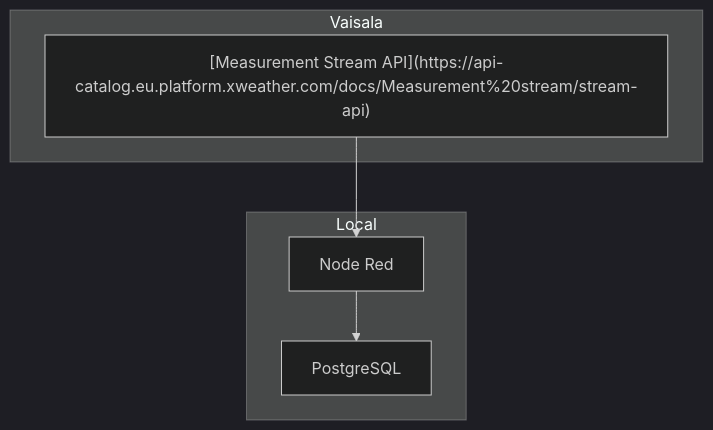
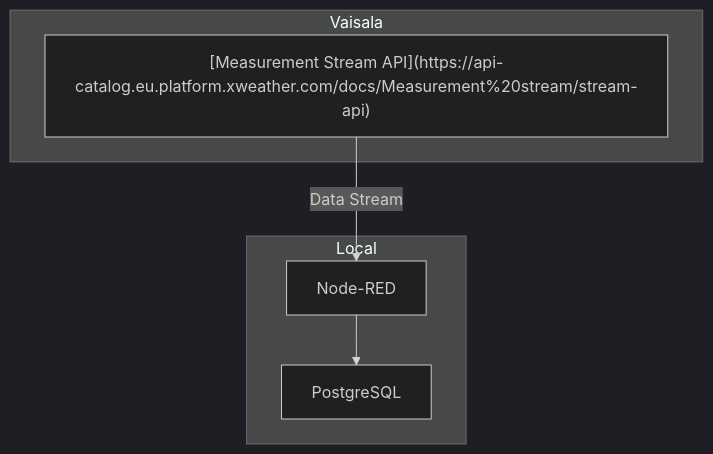
The diagram in README.md (jonss0777/DIY_Sensor), drawn with Mermaid (dark theme) before and after one commit.

````diff
--- a/README.md
+++ b/README.md
@@ -5,12 +5,14 @@
 ```mermaid
   flowchart TD
     subgraph Vaisala
         A1["[Measurement Stream API](https://api-catalog.eu.platform.xweather.com/docs/Measurement%20stream/stream-api)"]
     end
 
     subgraph Local
-       B1[Node Red] --> B2[PostgreSQL]
+        B1[Node-RED] --> B2[PostgreSQL]
     end
-    A1 --> B1
+
+    A1 -->|Data Stream| B1
+
 
 ```
````
